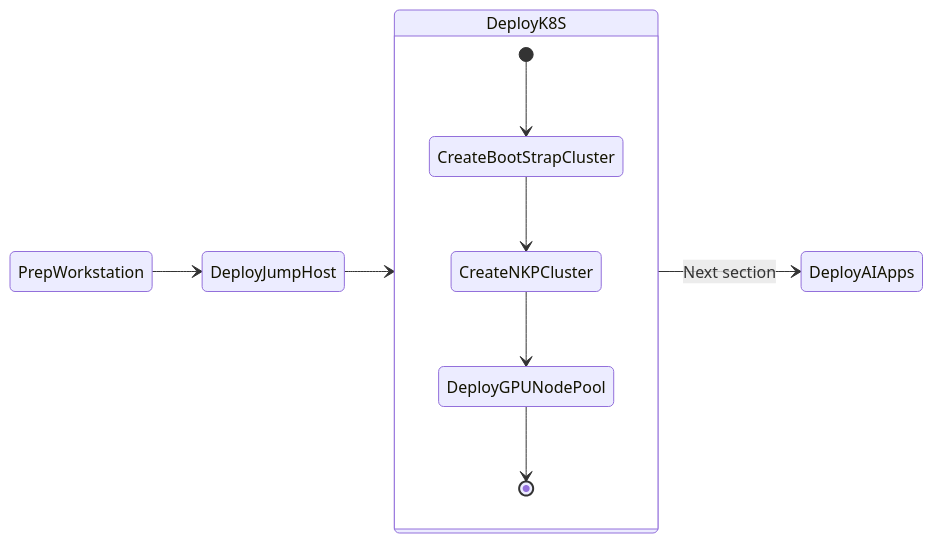
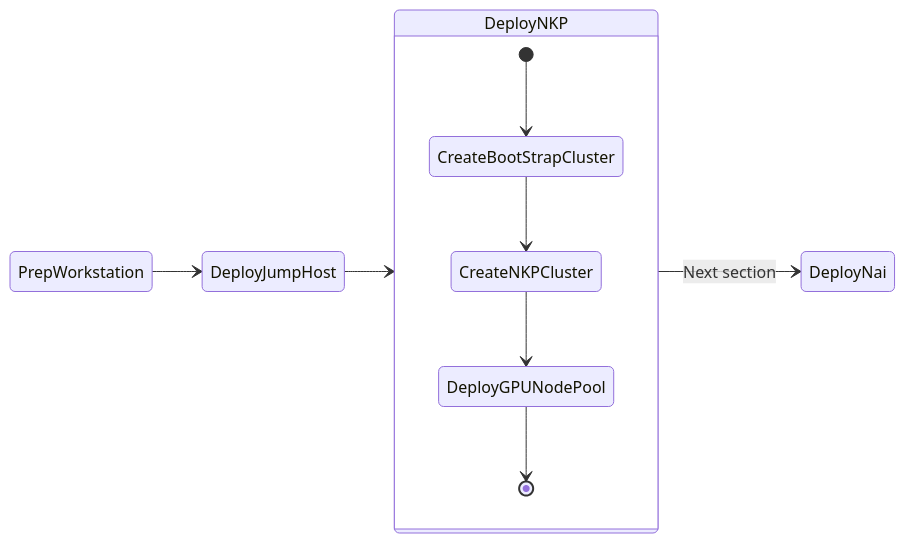
The diagram in docs/infra/infra_dkp copy.md (nutanix-japan/nai-llm), drawn with Mermaid before and after one commit. The commit also changed other lines of this file and 7 other files, not shown here.

````diff
--- a/docs/infra/infra_dkp copy.md
+++ b/docs/infra/infra_dkp copy.md
@@ -7,15 +7,15 @@
 ```mermaid
 stateDiagram-v2
     direction LR
     
-    state DeployK8S {
+    state DeployNKP {
         [*] --> CreateBootStrapCluster
         CreateBootStrapCluster --> CreateNKPCluster
         CreateNKPCluster --> DeployGPUNodePool
         DeployGPUNodePool --> [*]
     }
 
     PrepWorkstation --> DeployJumpHost 
-    DeployJumpHost --> DeployK8S 
-    DeployK8S --> DeployAIApps : Next section
+    DeployJumpHost --> DeployNKP 
+    DeployNKP --> DeployNai : Next section
 ```
````
